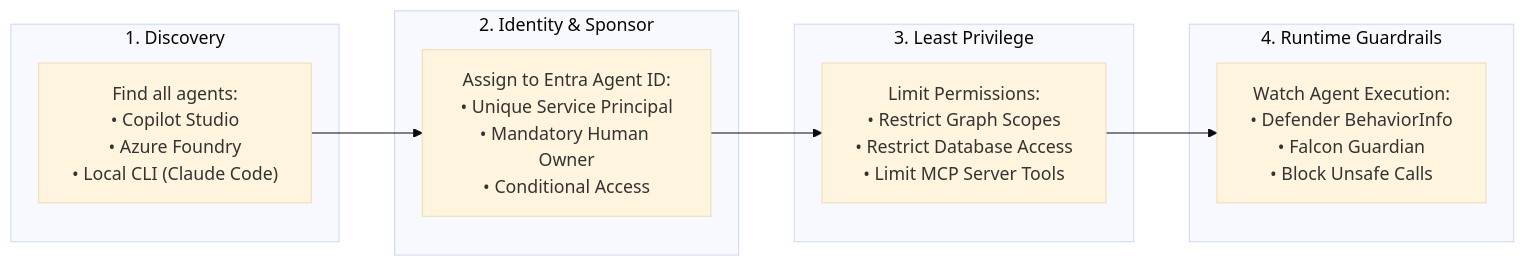
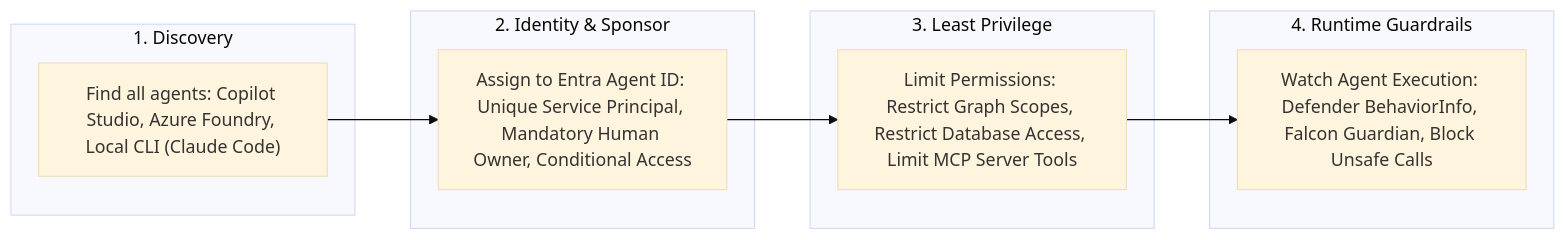
The fifth of 8 diagrams in microsoft_vs_crowdstrike_ai_dr_guide.md (86sunbot/fde-lab), drawn with Mermaid (base theme) before and after one commit. The commit also changed other lines of this file and 1 other file, not shown here.

Commit message:
docs: fix Mermaid rendering, diagram count, and code-to-doc alignment in README and AI/DR guide

````diff
--- a/microsoft_vs_crowdstrike_ai_dr_guide.md
+++ b/microsoft_vs_crowdstrike_ai_dr_guide.md
@@ -215,22 +215,22 @@
 ```mermaid
-graph LR
+flowchart LR
     subgraph Step1 ["1. Discovery"]
-        D["Find all agents:<br/>• Copilot Studio<br/>• Azure Foundry<br/>• Local CLI (Claude Code)"]
+        D["Find all agents: Copilot Studio, Azure Foundry, Local CLI (Claude Code)"]
     end
 
     subgraph Step2 ["2. Identity & Sponsor"]
-        I["Assign to Entra Agent ID:<br/>• Unique Service Principal<br/>• Mandatory Human Owner<br/>• Conditional Access"]
+        I["Assign to Entra Agent ID: Unique Service Principal, Mandatory Human Owner, Conditional Access"]
     end
 
     subgraph Step3 ["3. Least Privilege"]
-        P["Limit Permissions:<br/>• Restrict Graph Scopes<br/>• Restrict Database Access<br/>• Limit MCP Server Tools"]
+        P["Limit Permissions: Restrict Graph Scopes, Restrict Database Access, Limit MCP Server Tools"]
     end
 
     subgraph Step4 ["4. Runtime Guardrails"]
-        R["Watch Agent Execution:<br/>• Defender BehaviorInfo<br/>• Falcon Guardian<br/>• Block Unsafe Calls"]
+        R["Watch Agent Execution: Defender BehaviorInfo, Falcon Guardian, Block Unsafe Calls"]
     end
 
     D --> I
     I --> P
     P --> R
 ```
````
